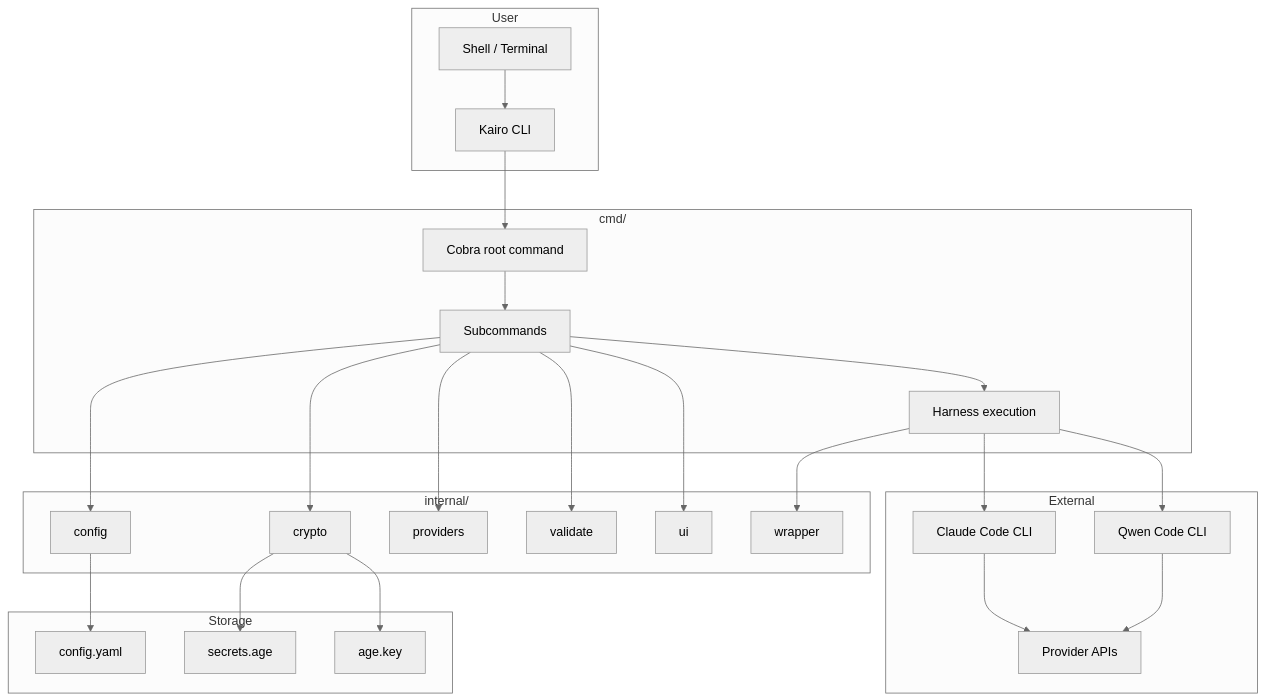
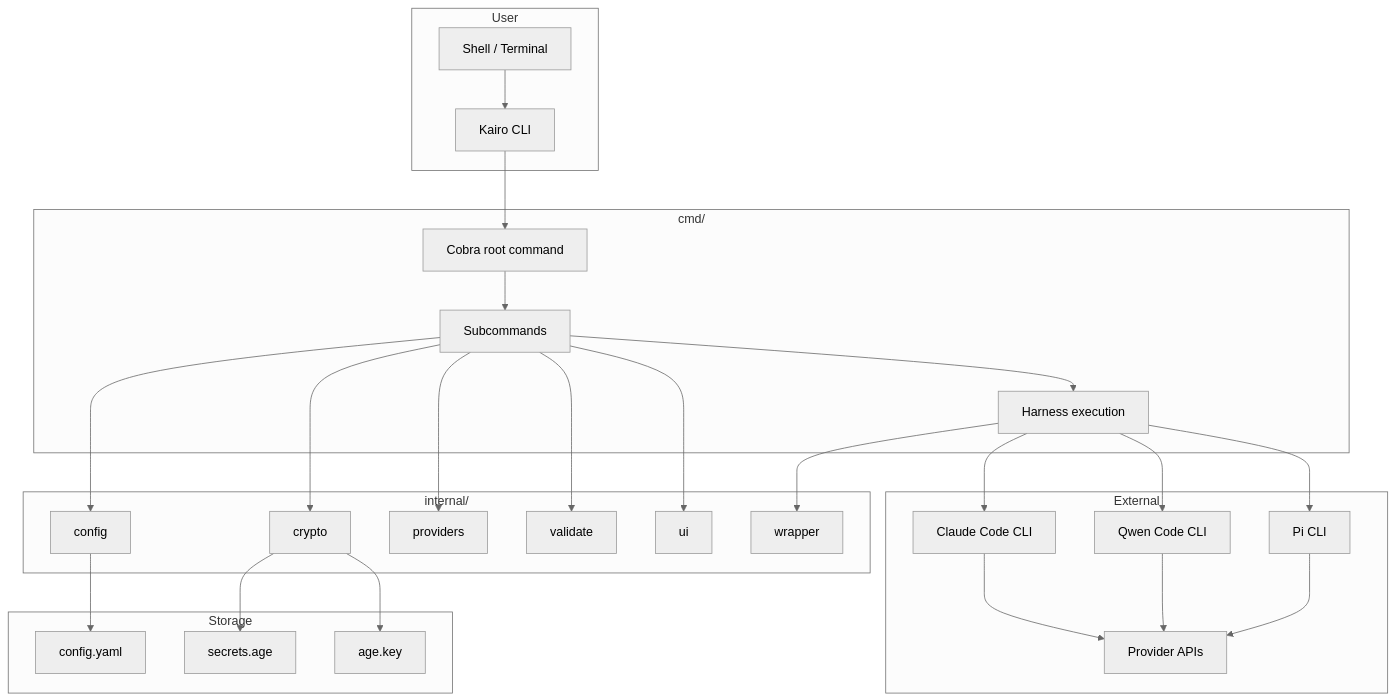
One commit to dkmnx/kairo changed the first of 3 diagrams in docs/architecture/README.md. Above: the diagram before and after it, drawn with Mermaid (neutral theme). The commit also changed other lines of this file and 3 other files, not shown here.

````diff
--- a/docs/architecture/README.md
+++ b/docs/architecture/README.md
@@ -19,52 +19,55 @@
 ```mermaid
 flowchart TB
     subgraph User
         CLI[Kairo CLI]
         Shell[Shell / Terminal]
     end
 
     subgraph CommandLayer[cmd/]
         Cobra[Cobra root command]
         Commands[Subcommands]
         Execution[Harness execution]
     end
 
     subgraph Core[internal/]
         Config[config]
         Crypto[crypto]
         Providers[providers]
         Validate[validate]
         UI[ui]
         Wrapper[wrapper]
     end
 
     subgraph Storage
         ConfigFile[config.yaml]
         SecretsFile[secrets.age]
         KeyFile[age.key]
     end
 
     subgraph External
         Claude[Claude Code CLI]
         Qwen[Qwen Code CLI]
+        Pi[Pi CLI]
         APIs[Provider APIs]
     end
 
     Shell --> CLI
     CLI --> Cobra
     Cobra --> Commands
     Commands --> Execution
     Commands --> Config
     Commands --> Crypto
     Commands --> Providers
     Commands --> Validate
     Commands --> UI
     Execution --> Wrapper
     Config --> ConfigFile
     Crypto --> SecretsFile
     Crypto --> KeyFile
     Execution --> Claude
     Execution --> Qwen
+    Execution --> Pi
     Claude --> APIs
     Qwen --> APIs
+    Pi --> APIs
 ```
````
